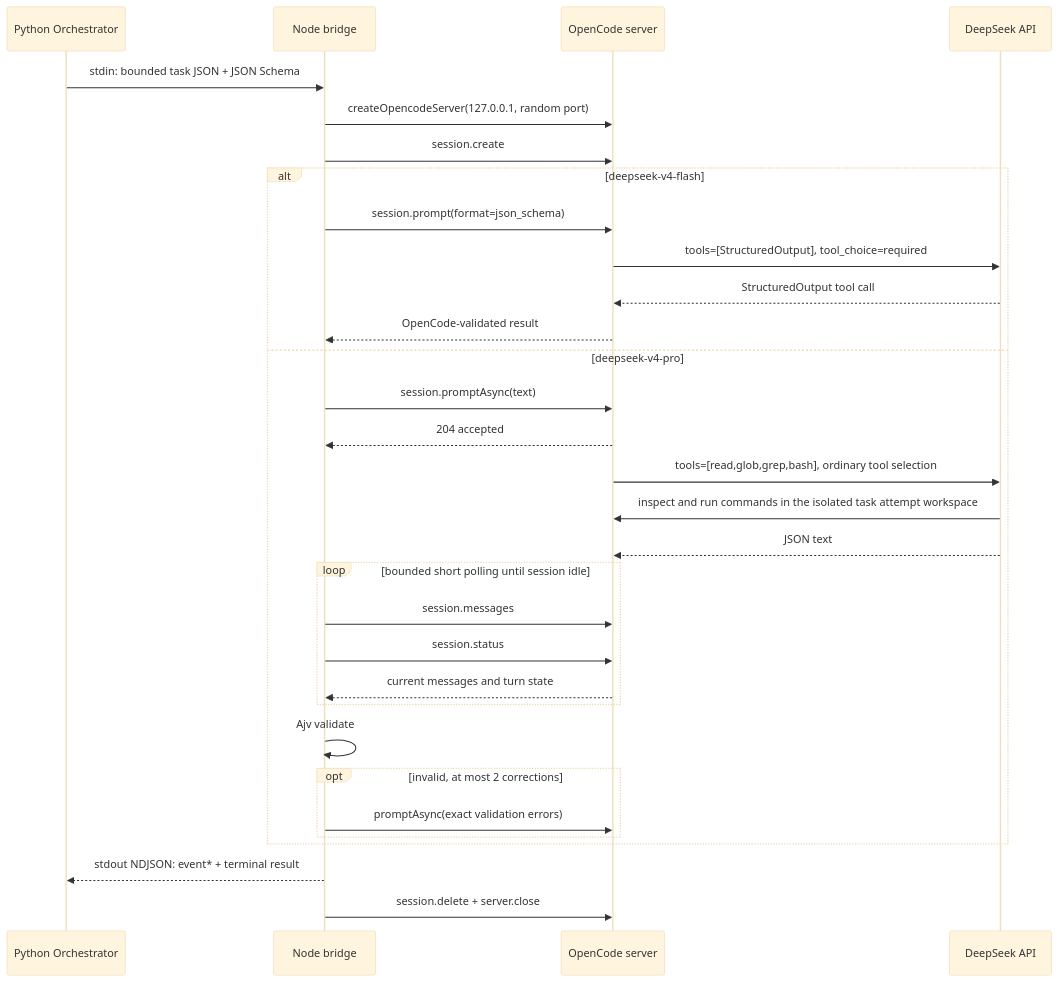
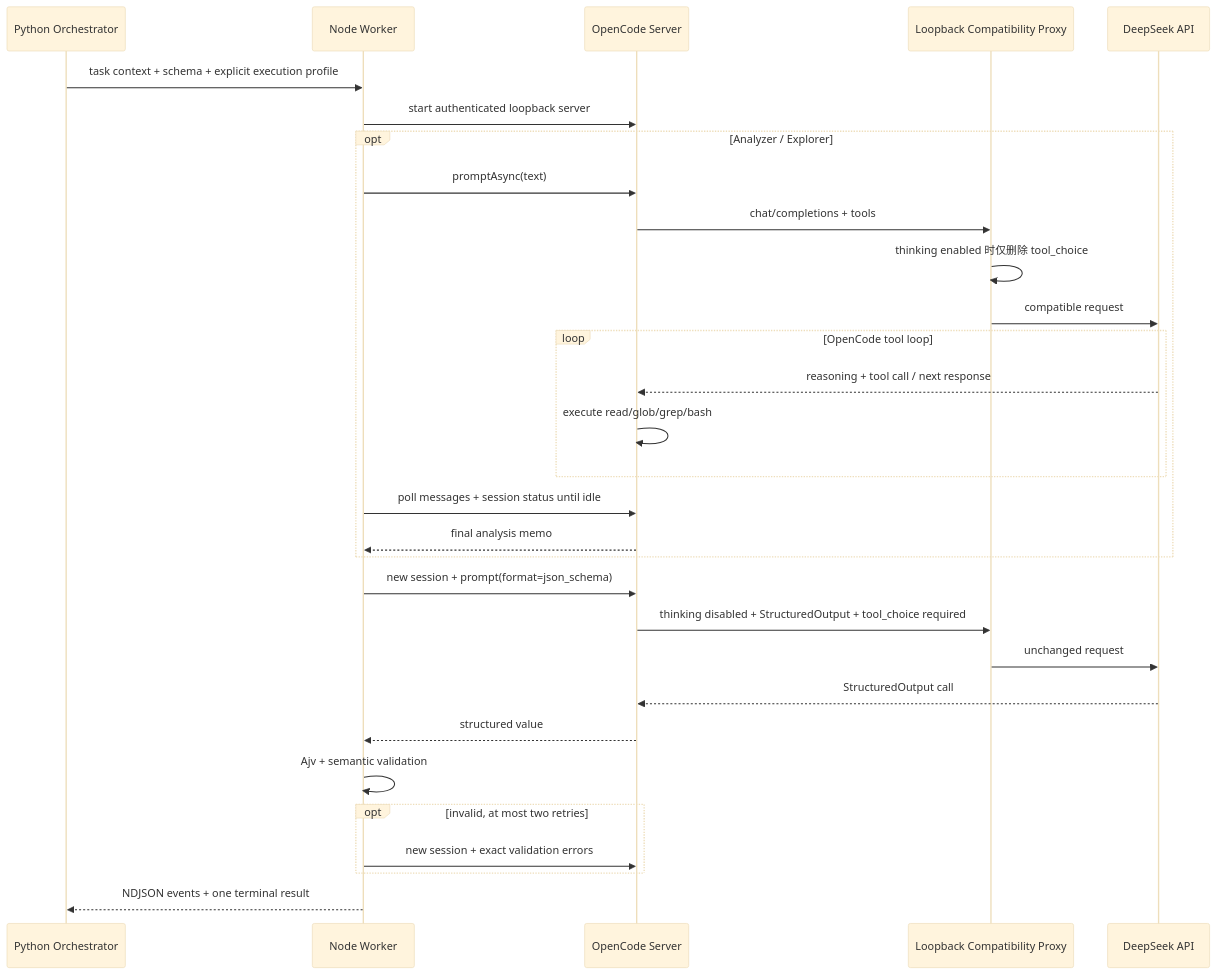
The diagram in docs/opencode-deepseek.zh-CN.md (Nijika0529/ApkScanner), drawn with Mermaid (base theme) before and after one commit. The commit also changed other lines of this file and 15 other files, not shown here.

Commit message:
fix: harden deepseek agent execution profiles

````diff
--- a/docs/opencode-deepseek.zh-CN.md
+++ b/docs/opencode-deepseek.zh-CN.md
@@ -53,34 +66,33 @@
 ```mermaid
 sequenceDiagram
     participant P as Python Orchestrator
-    participant W as Node bridge
-    participant O as OpenCode server
+    participant W as Node Worker
+    participant O as OpenCode Server
+    participant X as Loopback Compatibility Proxy
     participant D as DeepSeek API
 
-    P->>W: stdin: bounded task JSON + JSON Schema
-    W->>O: createOpencodeServer(127.0.0.1, random port)
-    W->>O: session.create
-    alt deepseek-v4-flash
-        W->>O: session.prompt(format=json_schema)
-        O->>D: tools=[StructuredOutput], tool_choice=required
-        D-->>O: StructuredOutput tool call
-        O-->>W: OpenCode-validated result
-    else deepseek-v4-pro
-        W->>O: session.promptAsync(text)
-        O-->>W: 204 accepted
-        O->>D: tools=[read,glob,grep,bash], ordinary tool selection
-        D->>O: inspect and run commands in the isolated task attempt workspace
-        D-->>O: JSON text
-        loop bounded short polling until session idle
-            W->>O: session.messages
-            W->>O: session.status
-            O-->>W: current messages and turn state
+    P->>W: task context + schema + explicit execution profile
+    W->>O: start authenticated loopback server
+    opt Analyzer / Explorer
+        W->>O: promptAsync(text)
+        O->>X: chat/completions + tools
+        X->>X: thinking enabled 时仅删除 tool_choice
+        X->>D: compatible request
+        loop OpenCode tool loop
+            D-->>O: reasoning + tool call / next response
+            O->>O: execute read/glob/grep/bash
         end
-        W->>W: Ajv validate
-        opt invalid, at most 2 corrections
-            W->>O: promptAsync(exact validation errors)
-        end
+        W->>O: poll messages + session status until idle
+        O-->>W: final analysis memo
     end
-    W-->>P: stdout NDJSON: event* + terminal result
-    W->>O: session.delete + server.close
+    W->>O: new session + prompt(format=json_schema)
+    O->>X: thinking disabled + StructuredOutput + tool_choice required
+    X->>D: unchanged request
+    D-->>O: StructuredOutput call
+    O-->>W: structured value
+    W->>W: Ajv + semantic validation
+    opt invalid, at most two retries
+        W->>O: new session + exact validation errors
+    end
+    W-->>P: NDJSON events + one terminal result
 ```
````
